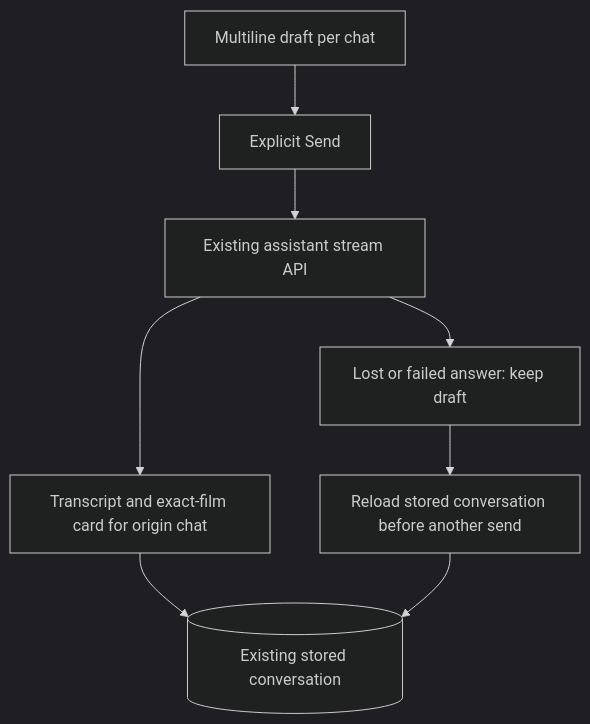
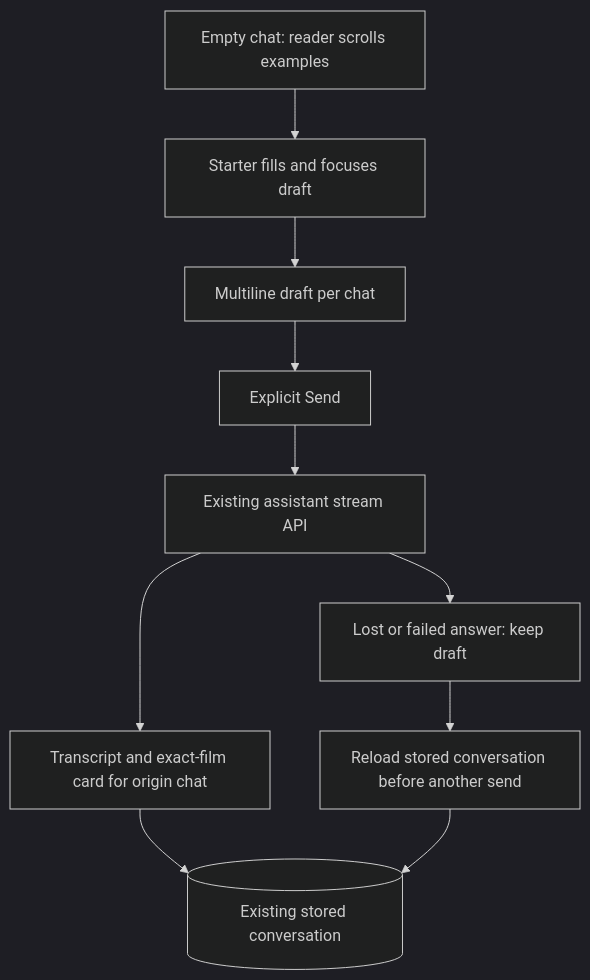
Before and after one commit to CraigR973/mcu-app: diagram 12 of 15 in docs/architecture-map.md, drawn with Mermaid (dark theme). The commit also changed other lines of this file and 9 other files, not shown here.

Commit message:
fix(assistant): keep empty-chat starter targets stable while scrolling

````diff
--- a/docs/architecture-map.md
+++ b/docs/architecture-map.md
@@ -197,10 +197,12 @@
 ```mermaid
 flowchart TB
+    Empty[Empty chat: reader scrolls examples] --> Starter[Starter fills and focuses draft]
+    Starter --> Draft
     Draft[Multiline draft per chat] --> Send[Explicit Send]
     Send --> API[Existing assistant stream API]
     API --> Origin[Transcript and exact-film card for origin chat]
     Origin --> Stored[(Existing stored conversation)]
     API --> Failure[Lost or failed answer: keep draft]
     Failure --> Reload[Reload stored conversation before another send]
     Reload --> Stored
 ```
````
